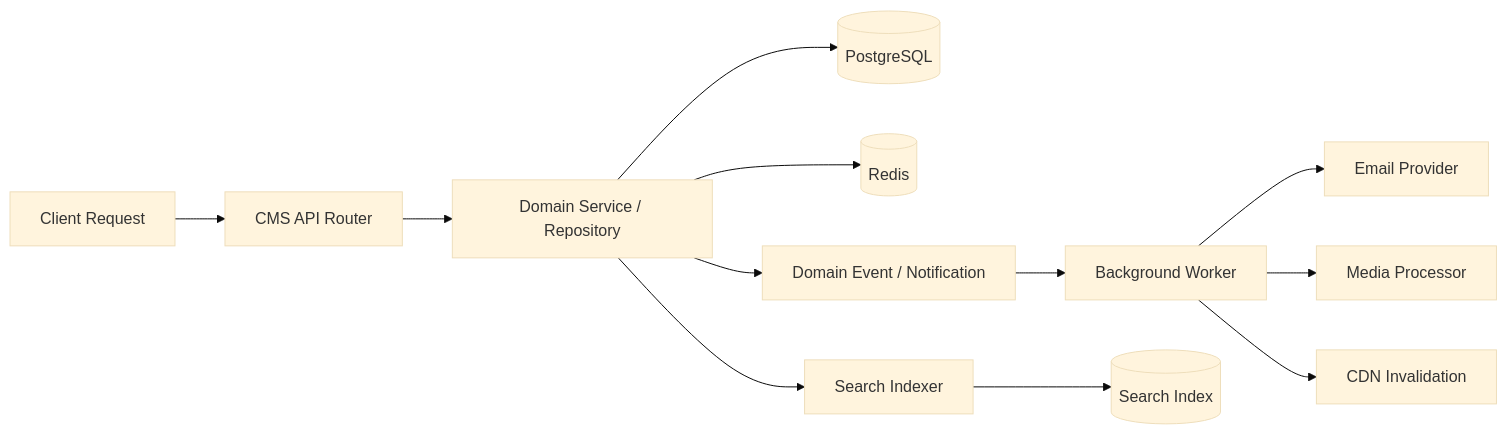
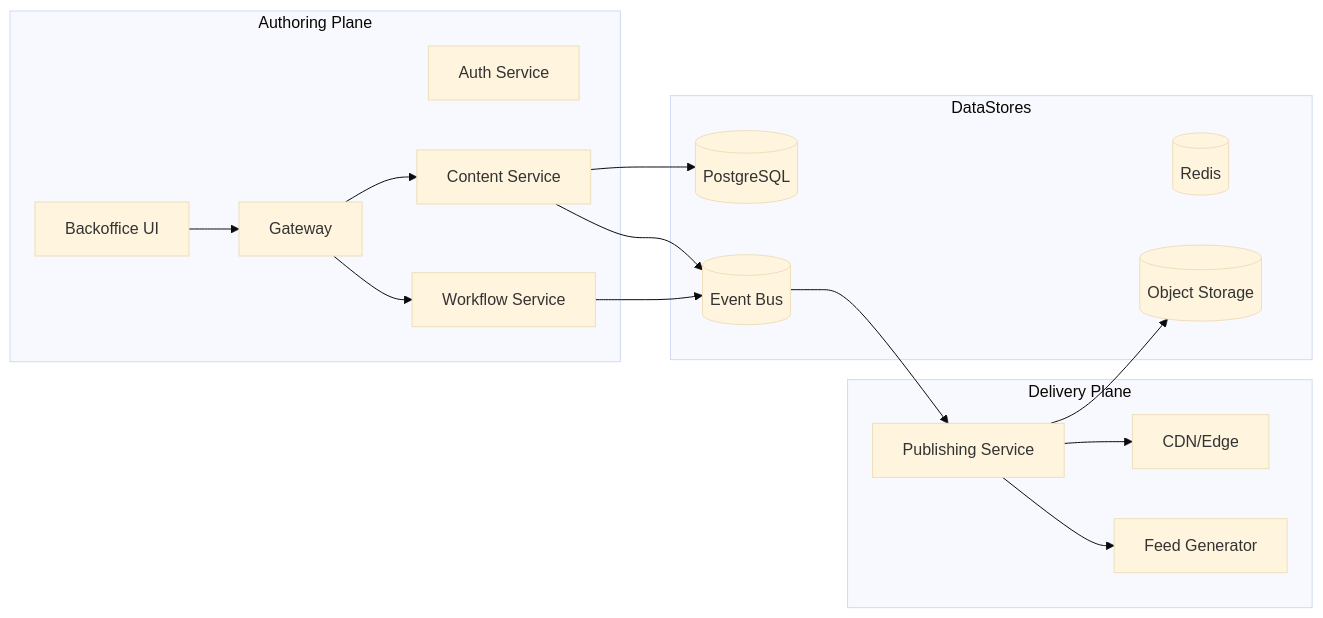
Before and after one commit to 0Ankit0/Project-Ideas: the diagram in Content Management System/high-level-design/architecture-diagram.md, drawn with Mermaid (base theme). The commit also changed other lines of this file and 35 other files, not shown here.

Commit message:
Deepen CMS docs with mermaid diagrams and implementation detail

````diff
--- a/Content Management System/high-level-design/architecture-diagram.md
+++ b/Content Management System/high-level-design/architecture-diagram.md
@@ -113,16 +7,29 @@
 ```mermaid
-graph LR
-    Client[Client Request] --> API[CMS API Router]
-    API --> Domain[Domain Service / Repository]
-    Domain --> DB[(PostgreSQL)]
-    Domain --> Cache[(Redis)]
-
-    Domain --> Event[Domain Event / Notification]
-    Event --> Worker[Background Worker]
-    Worker --> Email[Email Provider]
-    Worker --> Media[Media Processor]
-    Worker --> CDN[CDN Invalidation]
-
-    Domain --> Search[Search Indexer]
-    Search --> SearchIdx[(Search Index)]
+flowchart LR
+    subgraph ControlPlane[Authoring Plane]
+      UI[Backoffice UI]
+      API[Gateway]
+      AUTH[Auth Service]
+      CNT[Content Service]
+      WF[Workflow Service]
+    end
+    subgraph DataPlane[Delivery Plane]
+      PUB[Publishing Service]
+      CDN[CDN/Edge]
+      FEED[Feed Generator]
+    end
+    subgraph DataStores
+      PG[(PostgreSQL)]
+      REDIS[(Redis)]
+      OBJ[(Object Storage)]
+      BUS[(Event Bus)]
+    end
+    UI-->API-->CNT
+    API-->WF
+    CNT-->PG
+    CNT-->BUS
+    WF-->BUS
+    BUS-->PUB-->CDN
+    PUB-->OBJ
+    PUB-->FEED
 ```
````
